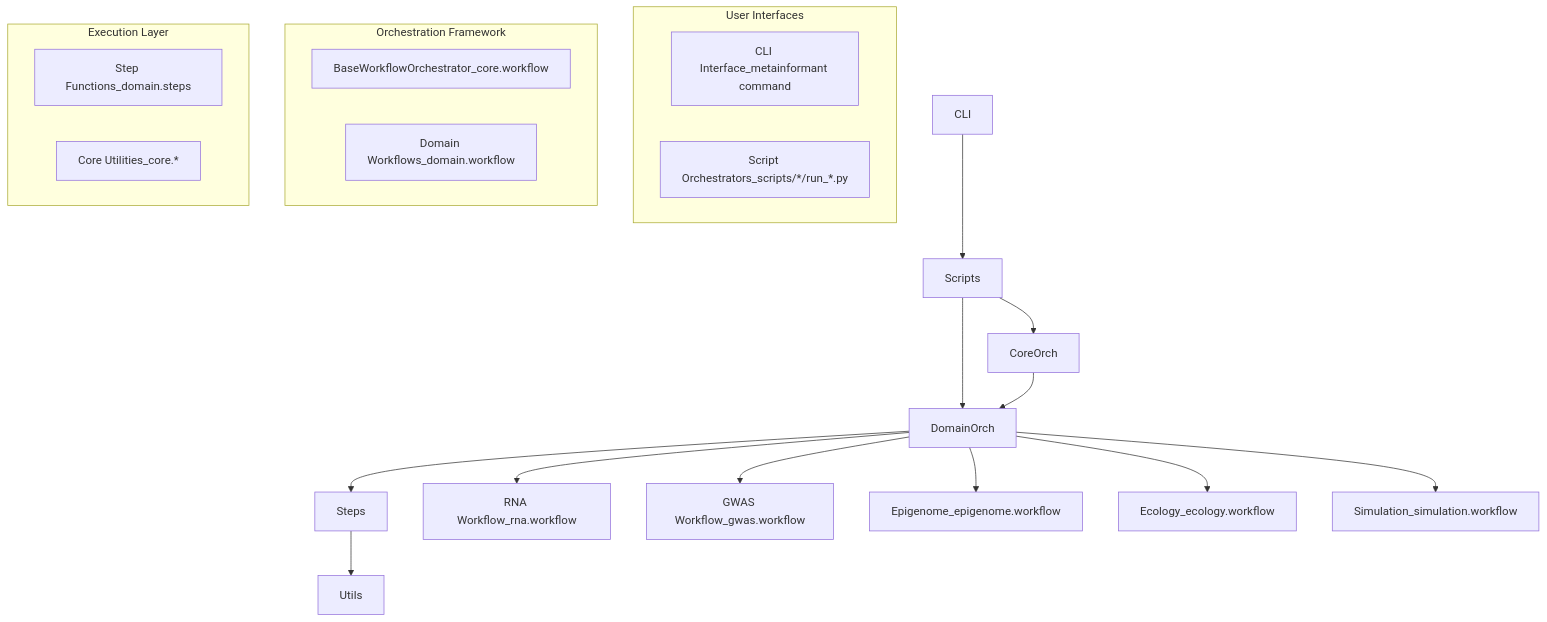
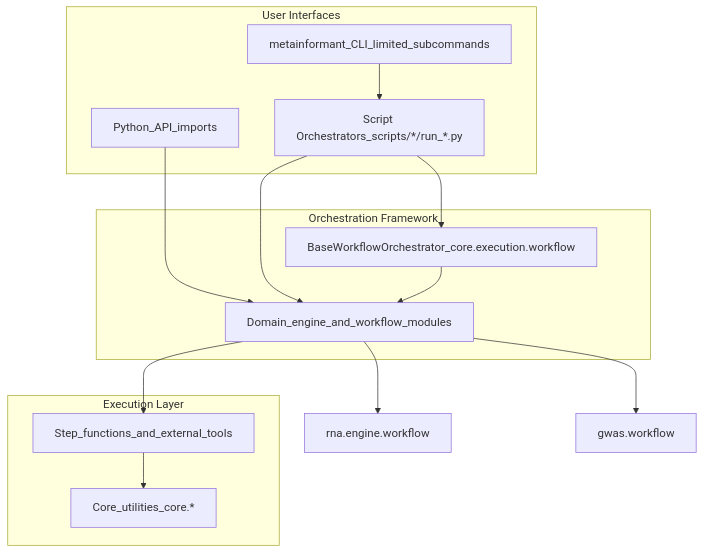
One commit to docxology/MetaInformAnt changed the first of 2 diagrams in docs/ORCHESTRATION.md. Above: the diagram before and after it, drawn with Mermaid. The commit also changed other lines of this file and 5 other files, not shown here.

````diff
--- a/docs/ORCHESTRATION.md
+++ b/docs/ORCHESTRATION.md
@@ -9,30 +9,29 @@
 ```mermaid
 flowchart TB
     subgraph "User Interfaces"
-        CLIcliInterfaceMetainformantCommand[CLI Interface_metainformant command]
+        CLIsmallMetainformantEntry[metainformant_CLI_limited_subcommands]
         ScriptsscriptOrchestratorsScripts/*/run*.py[Script Orchestrators_scripts/*/run_*.py]
+        PythonApi[Python_API_imports]
     end
 
     subgraph "Orchestration Framework"
-        CoreOrchbaseworkfloworchestratorCore.workflow[BaseWorkflowOrchestrator_core.workflow]
-        DomainOrchdomainWorkflowsDomain.workflow[Domain Workflows_domain.workflow]
+        CoreOrchBaseWorkflowOrchestrator[BaseWorkflowOrchestrator_core.execution.workflow]
+        DomainOrchEngineModules[Domain_engine_and_workflow_modules]
     end
 
     subgraph "Execution Layer"
-        StepsstepFunctionsDomain.steps[Step Functions_domain.steps]
-        UtilscoreUtilitiesCore.*[Core Utilities_core.*]
+        StepsstepFunctionsDomainSteps[Step_functions_and_external_tools]
+        UtilscoreUtilitiesCore[Core_utilities_core.*]
     end
 
-    CLI --> Scripts
-    Scripts --> CoreOrch
-    Scripts --> DomainOrch
-    CoreOrch --> DomainOrch
-    DomainOrch --> Steps
-    Steps --> Utils
+    CLIsmallMetainformantEntry --> ScriptsscriptOrchestratorsScripts/*/run*.py
+    PythonApi --> DomainOrchEngineModules
+    ScriptsscriptOrchestratorsScripts/*/run*.py --> CoreOrchBaseWorkflowOrchestrator
+    ScriptsscriptOrchestratorsScripts/*/run*.py --> DomainOrchEngineModules
+    CoreOrchBaseWorkflowOrchestrator --> DomainOrchEngineModules
+    DomainOrchEngineModules --> StepsstepFunctionsDomainSteps
+    StepsstepFunctionsDomainSteps --> UtilscoreUtilitiesCore
 
-    DomainOrch --> RNArnaWorkflowRna.workflow[RNA Workflow_rna.workflow]
-    DomainOrch --> GWASgwasWorkflowGwas.workflow[GWAS Workflow_gwas.workflow]
-    DomainOrch --> EPIepigenomeEpigenome.workflow[Epigenome_epigenome.workflow]
-    DomainOrch --> ECOecologyEcology.workflow[Ecology_ecology.workflow]
-    DomainOrch --> SIMsimulationSimulation.workflow[Simulation_simulation.workflow]
+    DomainOrchEngineModules --> RNArnaEngineWorkflow[rna.engine.workflow]
+    DomainOrchEngineModules --> GWASgwasWorkflow[gwas.workflow]
 ```
````
